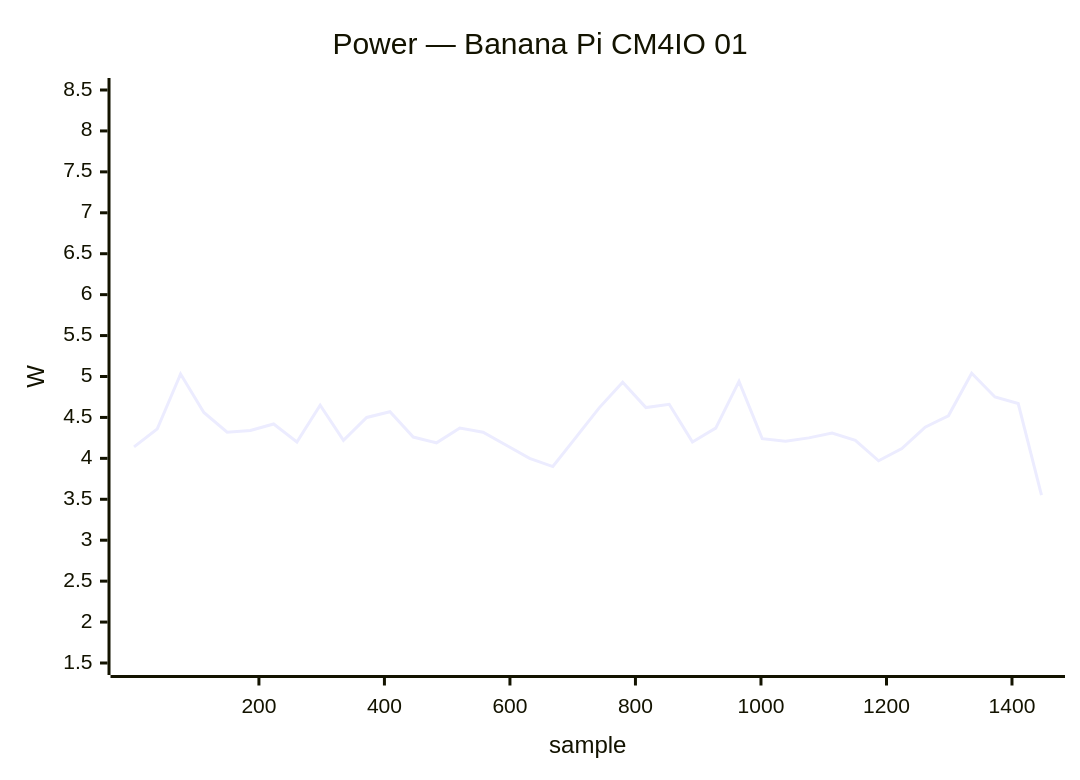
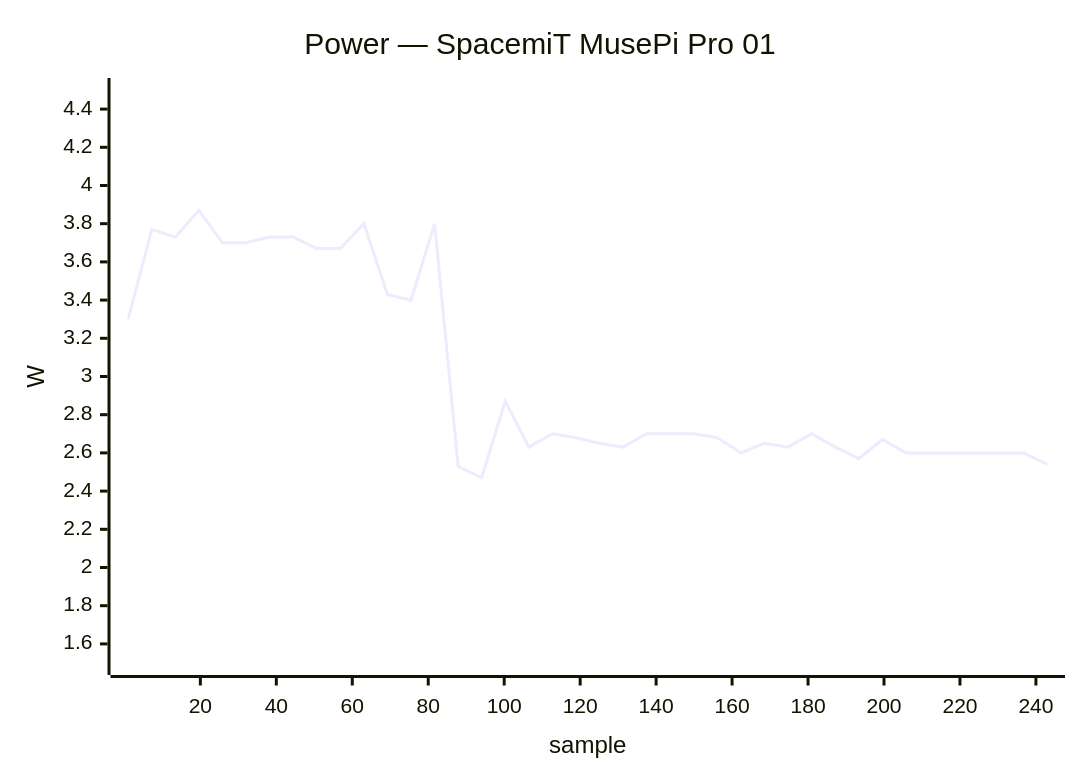
The eighth of 41 diagrams in docs/status/board-tests.md (armbian/documentation), drawn with Mermaid before and after one commit. The commit also changed other lines of this file, not shown here.

````diff
--- a/docs/status/board-tests.md
+++ b/docs/status/board-tests.md
@@ -196,7 +259,7 @@
 ```mermaid
 xychart-beta
-    title "Power — Banana Pi CM4IO 01"
-    x-axis "sample" 1 --> 1447
-    y-axis "W" 1.5 --> 8.5
-    line [4.14, 4.36, 5.03, 4.56, 4.32, 4.34, 4.42, 4.20, 4.65, 4.22, 4.50, 4.57, 4.26, 4.19, 4.37, 4.32, 4.16, 4.00, 3.90, 4.26, 4.62, 4.93, 4.62, 4.66, 4.20, 4.37, 4.94, 4.24, 4.21, 4.25, 4.31, 4.22, 3.97, 4.12, 4.38, 4.52, 5.04, 4.75, 4.67, 3.55]
+    title "Power — SpacemiT MusePi Pro 01"
+    x-axis "sample" 1 --> 243
+    y-axis "W" 1.5 --> 4.5
+    line [3.30, 3.77, 3.73, 3.87, 3.70, 3.70, 3.73, 3.73, 3.67, 3.67, 3.80, 3.43, 3.40, 3.80, 2.53, 2.47, 2.87, 2.63, 2.70, 2.68, 2.65, 2.63, 2.70, 2.70, 2.70, 2.68, 2.60, 2.65, 2.63, 2.70, 2.63, 2.57, 2.67, 2.60, 2.60, 2.60, 2.60, 2.60, 2.60, 2.54]
 ```
````
